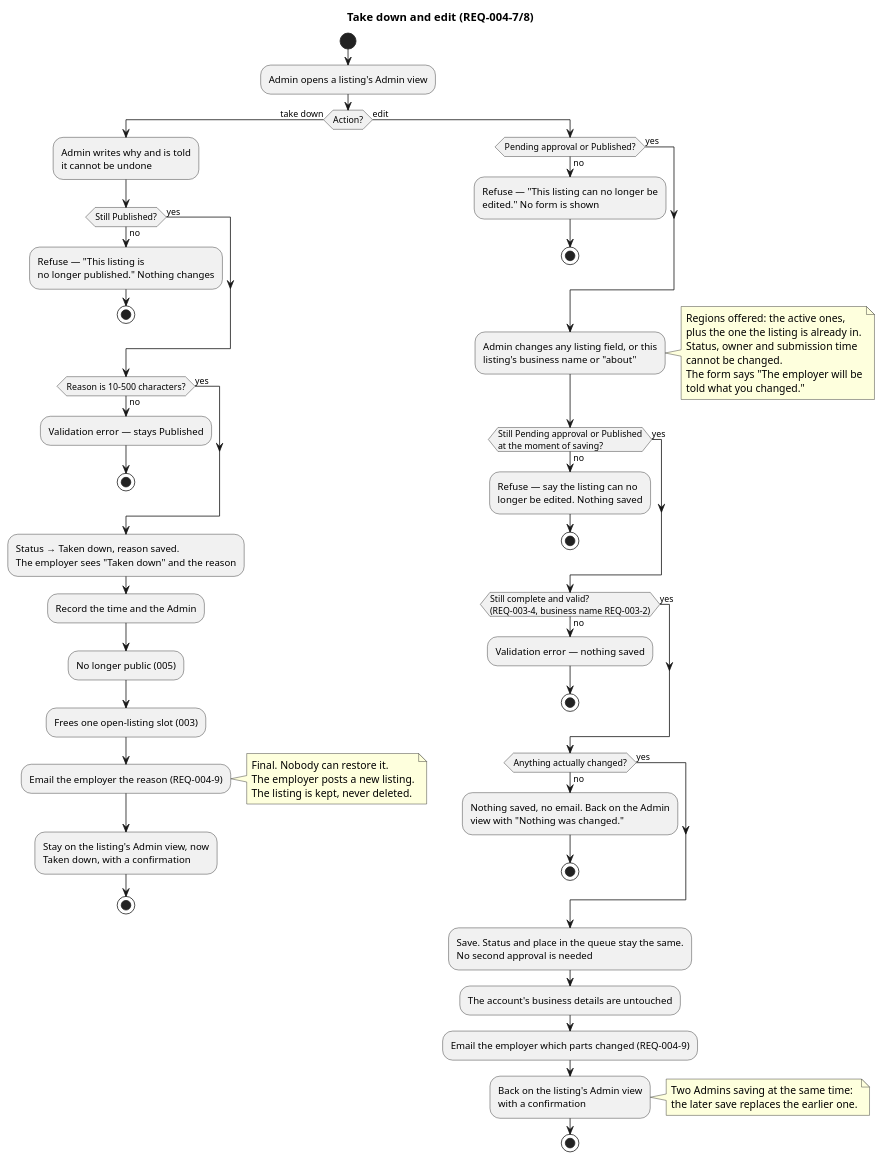
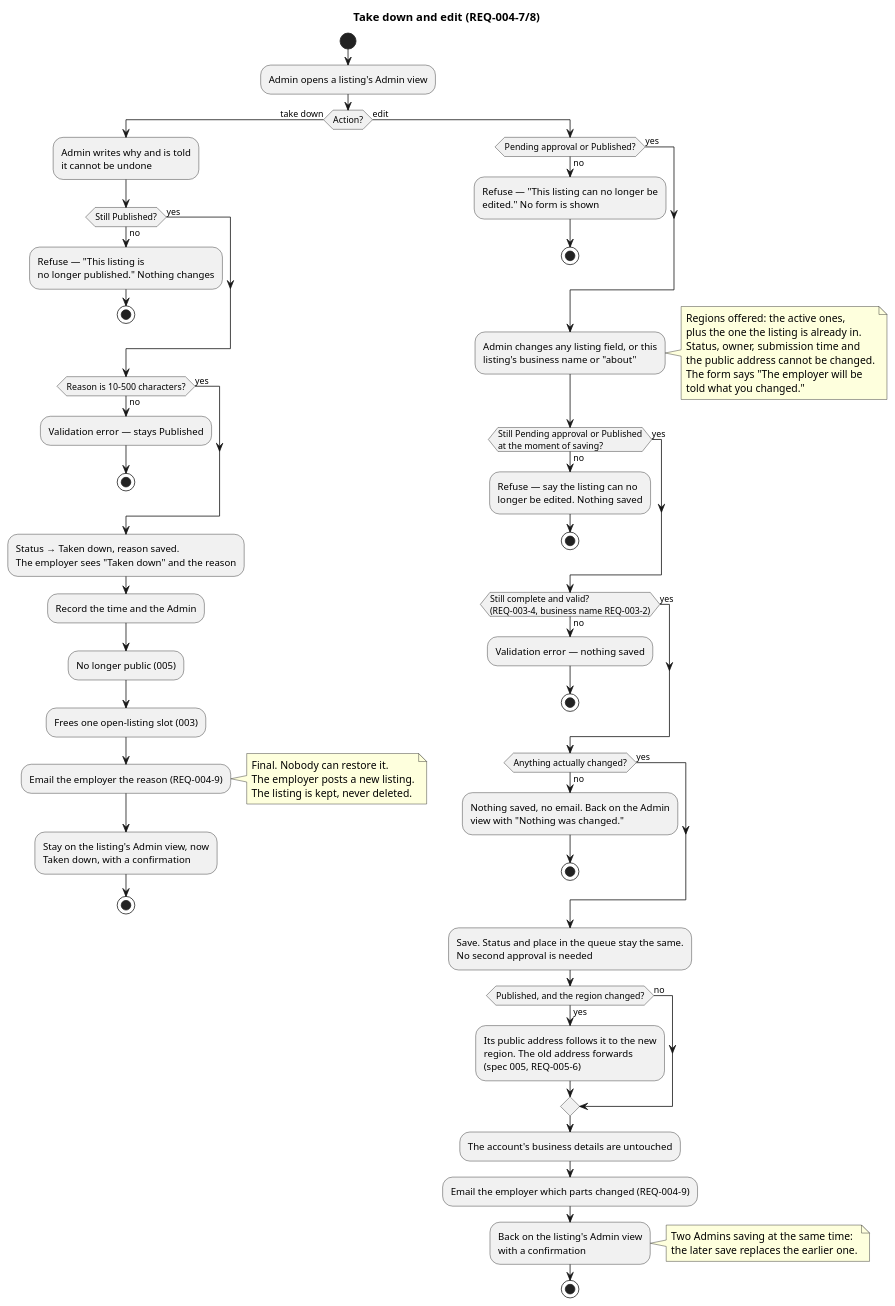
The diagram in docs/specs/004-listings-admin-moderation/diagrams/activity-take-down-and-edit.puml (raseniero/jairojobs-elixir), drawn with PlantUML before and after one commit. The commit also changed 5 other files, not shown here.

Commit message:
feat(listings): a moved listing's address follows it (REQ-005-6)

```diff
--- a/docs/specs/004-listings-admin-moderation/diagrams/activity-take-down-and-edit.puml
+++ b/docs/specs/004-listings-admin-moderation/diagrams/activity-take-down-and-edit.puml
@@ -1,81 +1,87 @@
 @startuml activity-take-down-and-edit
 ' Spec 004 — taking down a published listing, and Admin edits (REQ-004-7, -8)
 title Take down and edit (REQ-004-7/8)
 
 start
 :Admin opens a listing's Admin view;
 if (Action?) then (take down)
   :Admin writes why and is told
   it cannot be undone;
   if (Still Published?) then (no)
     :Refuse — "This listing is
     no longer published." Nothing changes;
     stop
   else (yes)
   endif
   if (Reason is 10–500 characters?) then (no)
     :Validation error — stays Published;
     stop
   else (yes)
   endif
   :Status → Taken down, reason saved.
   The employer sees "Taken down" and the reason;
   :Record the time and the Admin;
   :No longer public (005);
   :Frees one open-listing slot (003);
   :Email the employer the reason (REQ-004-9);
   note right
     Final. Nobody can restore it.
     The employer posts a new listing.
     The listing is kept, never deleted.
   end note
   :Stay on the listing's Admin view, now
   Taken down, with a confirmation;
   stop
 else (edit)
   if (Pending approval or Published?) then (no)
     :Refuse — "This listing can no longer be
     edited." No form is shown;
     stop
   else (yes)
   endif
   :Admin changes any listing field, or this
   listing's business name or "about";
   note right
     Regions offered: the active ones,
     plus the one the listing is already in.
-    Status, owner and submission time
-    cannot be changed.
+    Status, owner, submission time and
+    the public address cannot be changed.
     The form says "The employer will be
     told what you changed."
   end note
   if (Still Pending approval or Published\nat the moment of saving?) then (no)
     :Refuse — say the listing can no
     longer be edited. Nothing saved;
     stop
   else (yes)
   endif
   if (Still complete and valid?\n(REQ-003-4, business name REQ-003-2)) then (no)
     :Validation error — nothing saved;
     stop
   else (yes)
   endif
   if (Anything actually changed?) then (no)
     :Nothing saved, no email. Back on the Admin
     view with "Nothing was changed.";
     stop
   else (yes)
   endif
   :Save. Status and place in the queue stay the same.
   No second approval is needed;
+  if (Published, and the region changed?) then (yes)
+    :Its public address follows it to the new
+    region. The old address forwards
+    (spec 005, REQ-005-6);
+  else (no)
+  endif
   :The account's business details are untouched;
   :Email the employer which parts changed (REQ-004-9);
   :Back on the listing's Admin view
   with a confirmation;
   note right
     Two Admins saving at the same time:
     the later save replaces the earlier one.
   end note
   stop
 endif
 @enduml
```
